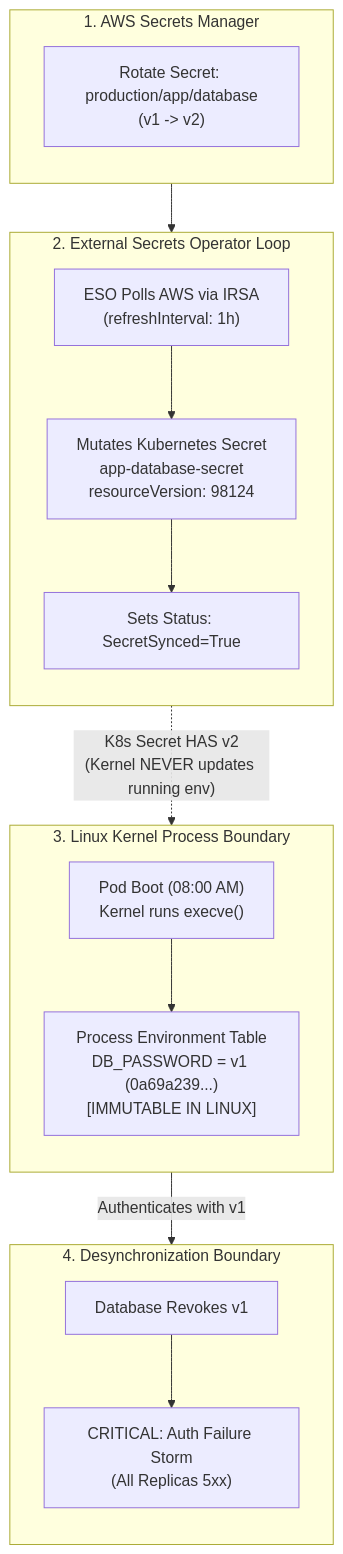
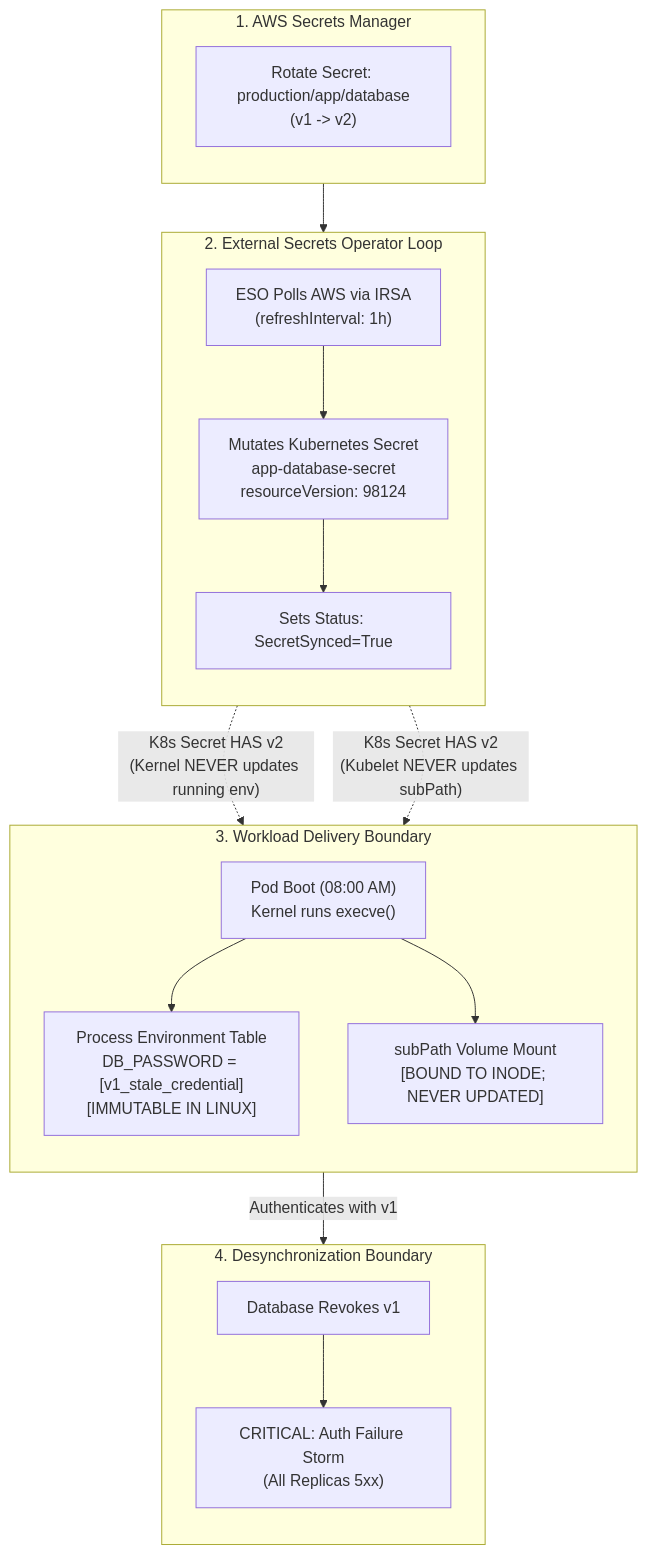
One commit to Vaibhav1Jadhav/production-eks-platform changed the diagram in failure-scenarios/external-secrets/sync-success-app-stale.md. Above: the diagram before and after it, drawn with Mermaid. The commit also changed other lines of this file and 9 other files, not shown here.

````diff
--- a/failure-scenarios/external-secrets/sync-success-app-stale.md
+++ b/failure-scenarios/external-secrets/sync-success-app-stale.md
@@ -128,34 +128,37 @@
 ```mermaid
 flowchart TD
     subgraph CLOUD["1. AWS Secrets Manager"]
         direction TB
         SMUpdate["Rotate Secret: production/app/database\n(v1 -> v2)"]
     end
 
     subgraph ESO["2. External Secrets Operator Loop"]
         direction TB
         ESOPoll["ESO Polls AWS via IRSA\n(refreshInterval: 1h)"]
         UpdateK8sSec["Mutates Kubernetes Secret\napp-database-secret\nresourceVersion: 98124"]
         StatusSync["Sets Status: SecretSynced=True"]
-        
+
         ESOPoll --> UpdateK8sSec --> StatusSync
     end
 
-    subgraph OS_KERNEL["3. Linux Kernel Process Boundary"]
+    subgraph OS_KERNEL["3. Workload Delivery Boundary"]
         direction TB
         PodBoot["Pod Boot (08:00 AM)\nKernel runs execve()"]
-        EnvTable["Process Environment Table\nDB_PASSWORD = v1 (0a69a239...)\n[IMMUTABLE IN LINUX]"]
-        
+        EnvTable["Process Environment Table\nDB_PASSWORD = [v1_stale_credential]\n[IMMUTABLE IN LINUX]"]
+        SubPathMount["subPath Volume Mount\n[BOUND TO INODE; NEVER UPDATED]"]
+
         PodBoot --> EnvTable
+        PodBoot --> SubPathMount
     end
 
     subgraph OUTCOME["4. Desynchronization Boundary"]
         direction TB
         DBRevoke["Database Revokes v1"]
         UpdateK8sSec -.->|"K8s Secret HAS v2\n(Kernel NEVER updates running env)"| EnvTable
+        UpdateK8sSec -.->|"K8s Secret HAS v2\n(Kubelet NEVER updates subPath)"| SubPathMount
         EnvTable -->|"Authenticates with v1"| DBRevoke
         DBRevoke --> Outage["CRITICAL: Auth Failure Storm\n(All Replicas 5xx)"]
     end
 
     SMUpdate --> ESOPoll
 ```
````
